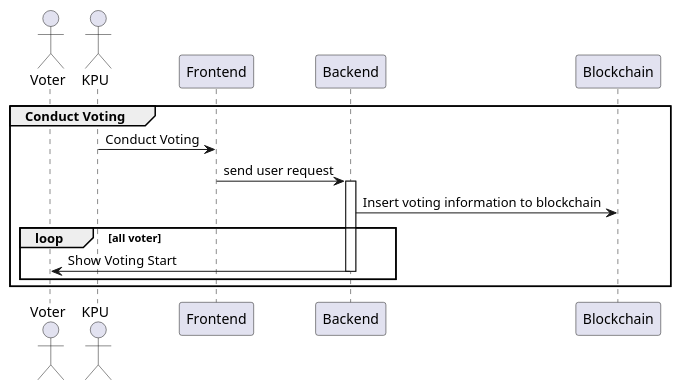
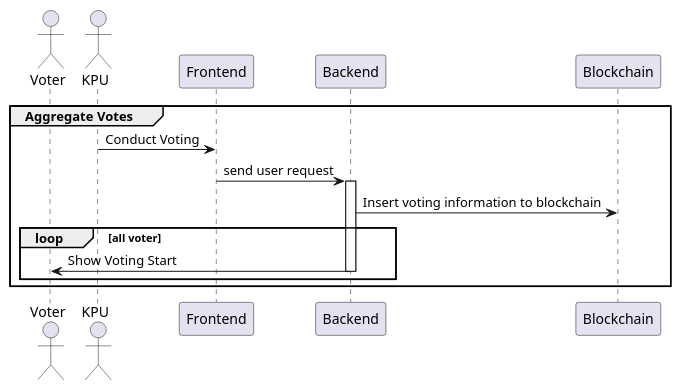
One commit to IF5200-Class1-Team4/E-Voting changed the diagram in Diagram/Conduct Voting.puml. Above: the diagram before and after it, drawn with PlantUML. The commit also changed 6 other files, not shown here.

Commit message:
Update UML

```diff
--- a/Diagram/Conduct Voting.puml
+++ b/Diagram/Conduct Voting.puml
@@ -1,26 +1,26 @@
 @startuml global sequence diagram
 skinparam maxMessageSize 300
 
 ' actor "User" as user
 actor "Voter" as user1
-' actor "Votee" as user2
+' actor "Candidate" as user2
 actor "KPU" as user3
 participant "Frontend" as system1
 participant "Backend" as system2
 participant "Blockchain" as system3
 
-group Conduct Voting
+group Aggregate Votes
     user3 -> system1: Conduct Voting
 
     system1 -> system2 ++: send user request
 
     system2 -> system3: Insert voting information to blockchain
     
     loop all voter
     system2 -> user1 : Show Voting Start
     system2 --
     end
     
 
 end
 @enduml
```
